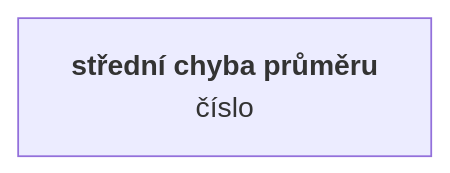
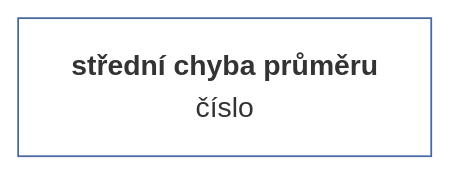
Diagram 16 of 23 in docs/cs-CZ/vector.md (muzikp/retusa), drawn with Mermaid before and after one commit. The commit also changed other lines of this file and 17 other files, not shown here.

````diff
--- a/docs/cs-CZ/vector.md
+++ b/docs/cs-CZ/vector.md
@@ -464,4 +525,7 @@
 ```mermaid
 graph TD
-A[<b>střední chyba průměru<br></b>číslo]
+sem[<b>střední chyba průměru<br></b>číslo]
+style sem fill:#FFFFFF;
+style sem stroke:#4967A4;
+
 ```
````
